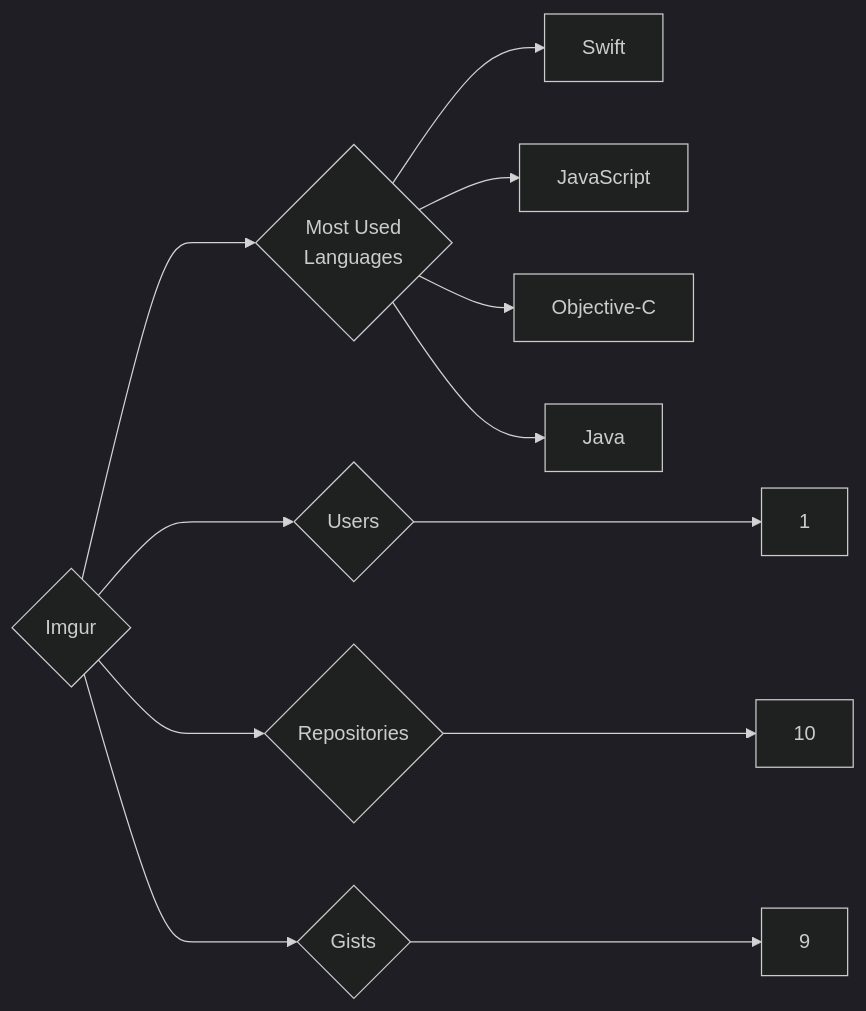
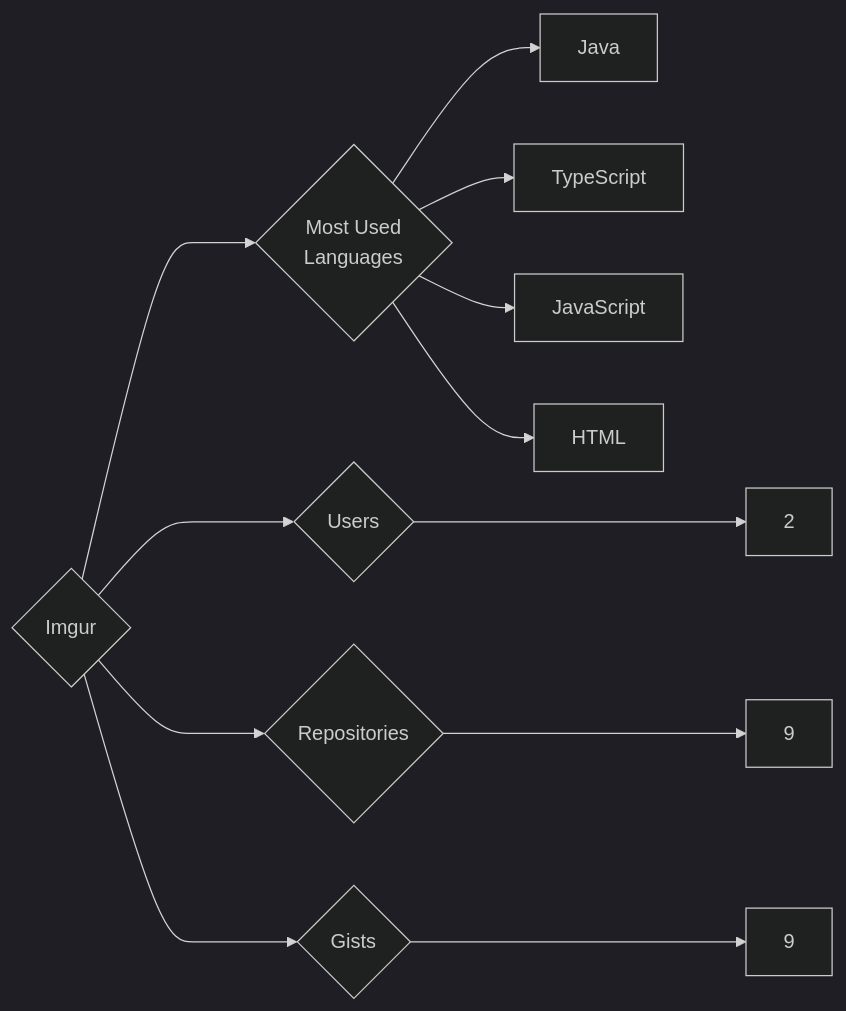
The diagram in targets/Imgur/README.md (trickest/insiders), drawn with Mermaid (dark theme) before and after one commit. The commit also changed 874 other files, not shown here.

````diff
--- a/targets/Imgur/README.md
+++ b/targets/Imgur/README.md
@@ -3,12 +3,12 @@
 ```mermaid
 graph LR
 COMPANY_NAME{Imgur}
-COMPANY_NAME ---> U{Users} ---> UN[1]
-COMPANY_NAME ---> R{Repositories} ---> RN[10]
+COMPANY_NAME ---> U{Users} ---> UN[2]
+COMPANY_NAME ---> R{Repositories} ---> RN[9]
 COMPANY_NAME ---> G{Gists} ---> GN[9]
 COMPANY_NAME ---> ML{Most Used<br>Languages}
-ML --> Swift[Swift]
+ML --> Java[Java]
+ML --> TypeScript[TypeScript]
 ML --> JavaScript[JavaScript]
-ML --> Objective-C[Objective-C]
-ML --> Java[Java]
+ML --> HTML[HTML]
 ```
````
